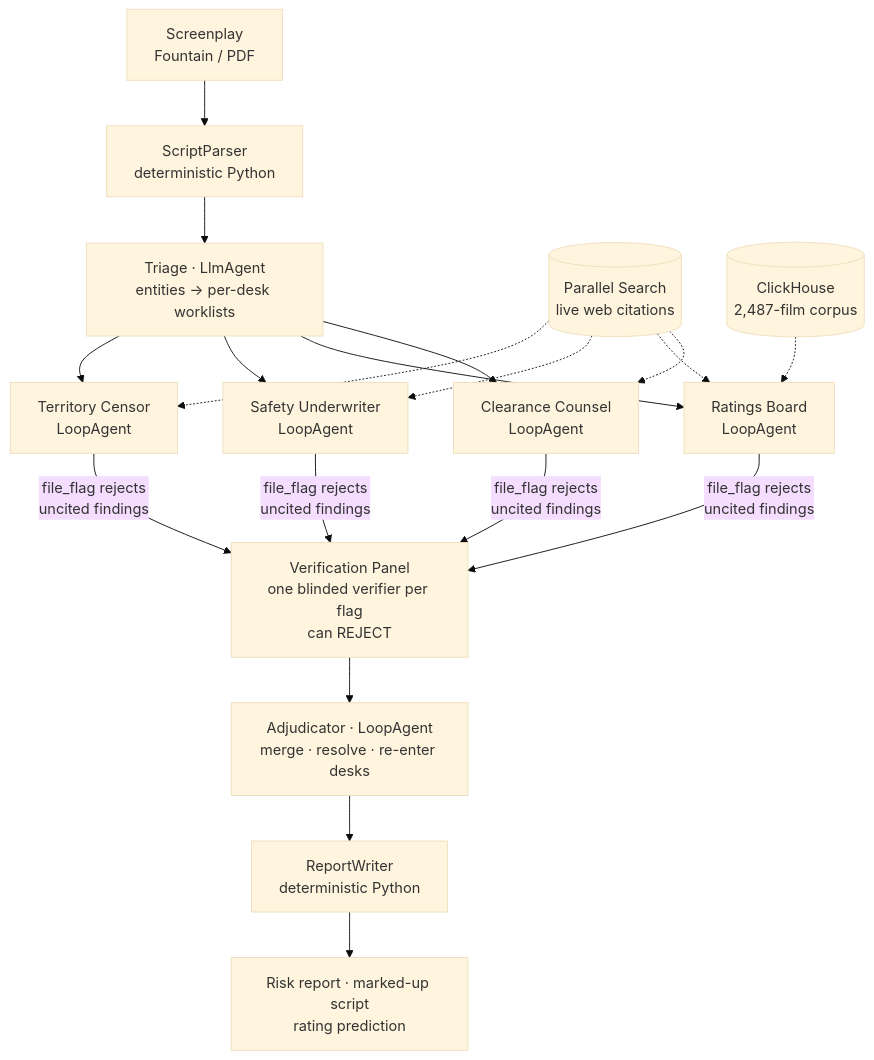
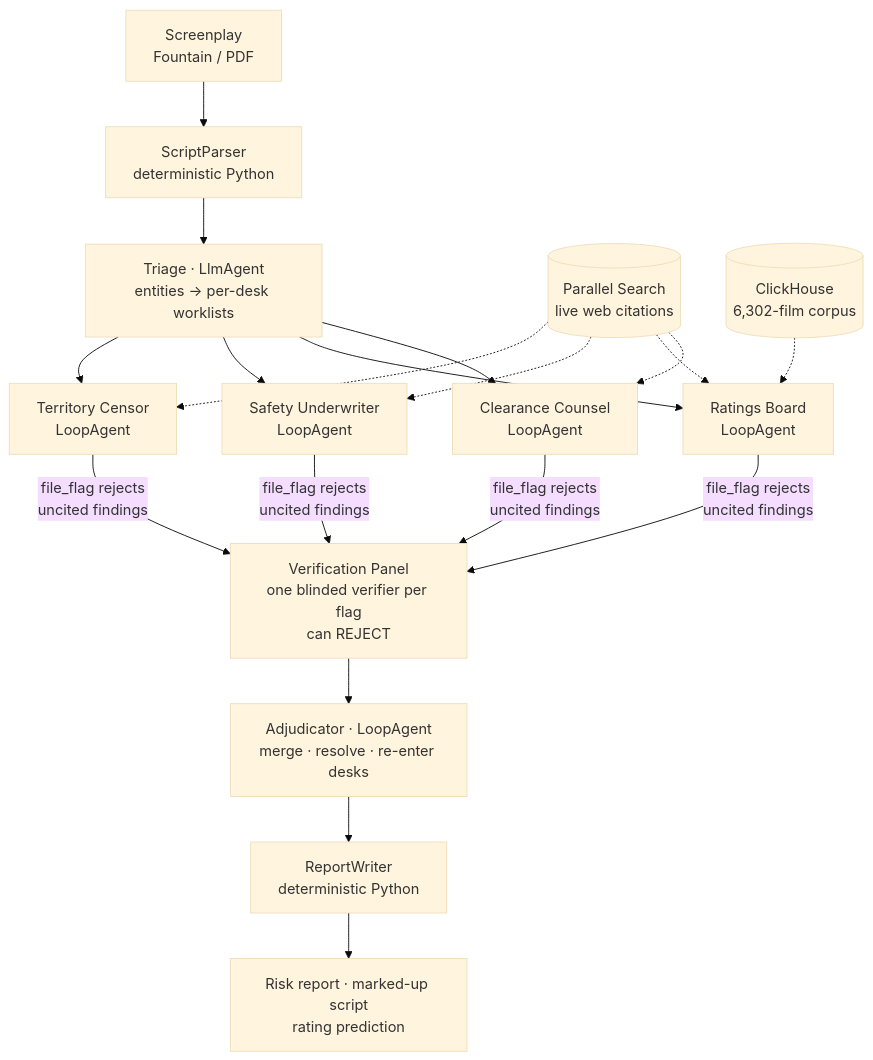
Before and after one commit to lalitlouis/greenlight: the diagram in README.md, drawn with Mermaid (base theme). The commit also changed other lines of this file and 12 other files, not shown here.

````diff
--- a/README.md
+++ b/README.md
@@ -24,15 +24,15 @@
 ```mermaid
 flowchart TD
     A[Screenplay<br/>Fountain / PDF] --> B[ScriptParser<br/>deterministic Python]
     B --> C[Triage · LlmAgent<br/>entities → per-desk worklists]
     C --> D1[Clearance Counsel<br/>LoopAgent]
     C --> D2[Ratings Board<br/>LoopAgent]
     C --> D3[Safety Underwriter<br/>LoopAgent]
     C --> D4[Territory Censor<br/>LoopAgent]
     D1 & D2 & D3 & D4 -->|file_flag rejects<br/>uncited findings| V[Verification Panel<br/>one blinded verifier per flag<br/>can REJECT]
     V --> J[Adjudicator · LoopAgent<br/>merge · resolve · re-enter desks]
     J --> R[ReportWriter<br/>deterministic Python]
     R --> O[Risk report · marked-up script<br/>rating prediction]
     P[(Parallel Search<br/>live web citations)] -.-> D1 & D2 & D3 & D4
-    K[(ClickHouse<br/>2,487-film corpus)] -.-> D2
+    K[(ClickHouse<br/>6,302-film corpus)] -.-> D2
 ```
````
